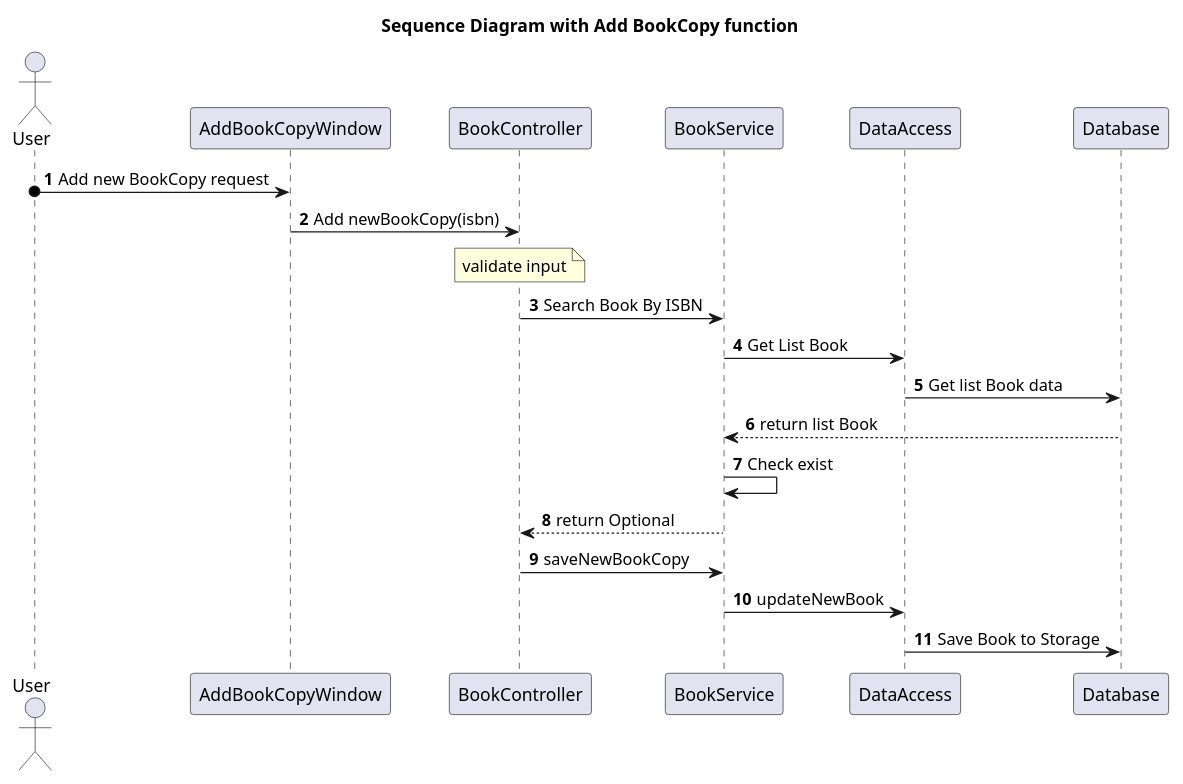
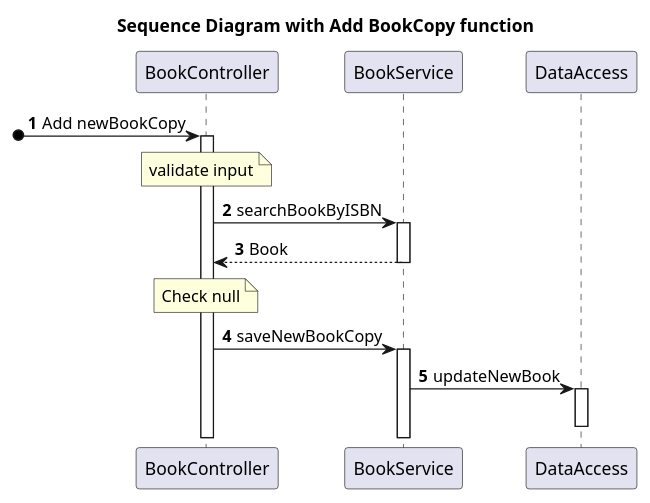
The diagram in mpp-cs401/src/midterm/diagram/addBookCopy.puml (anhvu2889/miu-cs401-mpp), drawn with PlantUML before and after one commit. The commit also changed 8 other files, not shown here.

Commit message:
update diagram

```diff
--- a/mpp-cs401/src/midterm/diagram/addBookCopy.puml
+++ b/mpp-cs401/src/midterm/diagram/addBookCopy.puml
@@ -1,27 +1,21 @@
 @startuml
 
 title Sequence Diagram with Add BookCopy function
 
-autonumber 1 1
+autonumber
 
-actor User
-participant "AddBookCopyWindow" as bw
 participant "BookController" as bc
 participant "BookService" as bs
 participant "DataAccess" as da
-participant "Database" as db
 
-User o-> bw: Add new BookCopy request
-bw -> bc: Add newBookCopy(isbn)
+[o-> bc++: Add newBookCopy
 note over bc: validate input
-bc -> bs: Search Book By ISBN
-bs -> da: Get List Book
-da -> db: Get list Book data
-db --> bs: return list Book
-bs -> bs: Check exist
-bs --> bc: return Optional
-bc -> bs: saveNewBookCopy
-bs -> da: updateNewBook
-da -> db: Save Book to Storage
+bc -> bs++: searchBookByISBN
+return Book
+
+note over bc: Check null
+bc -> bs++: saveNewBookCopy
+bs -> da++: updateNewBook
+deactivate
 
 @enduml
```
